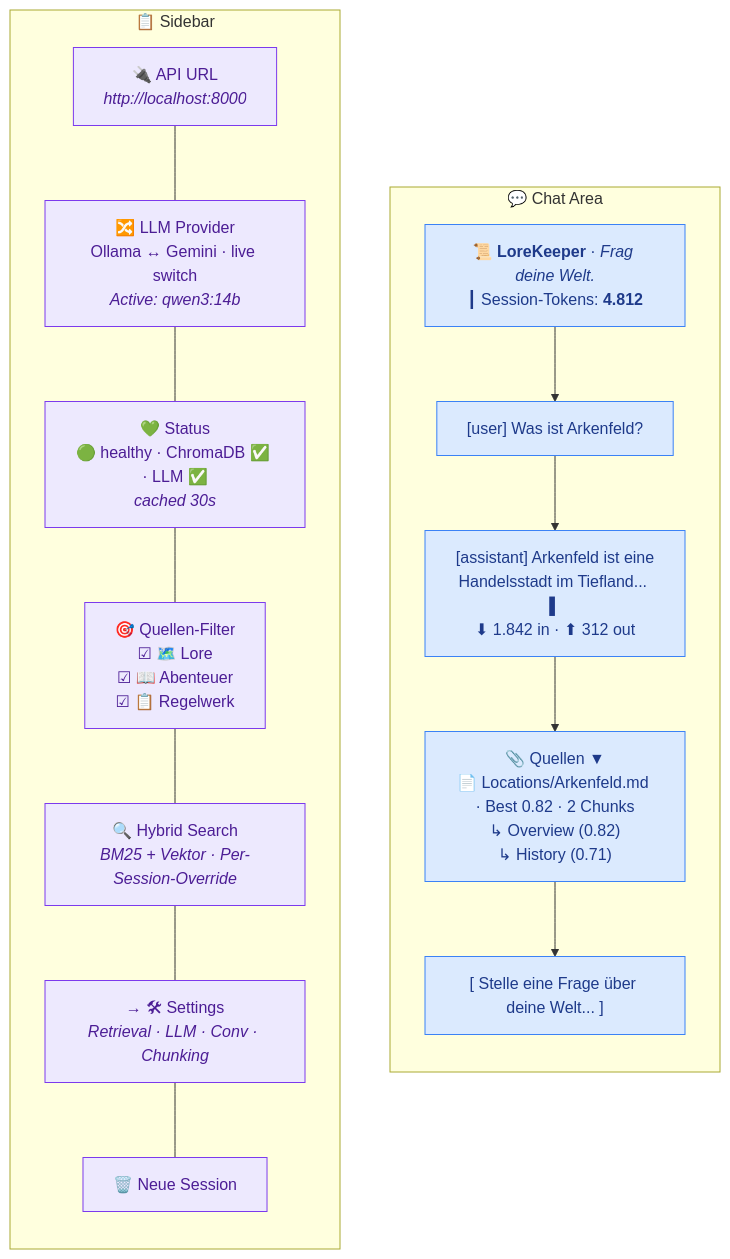
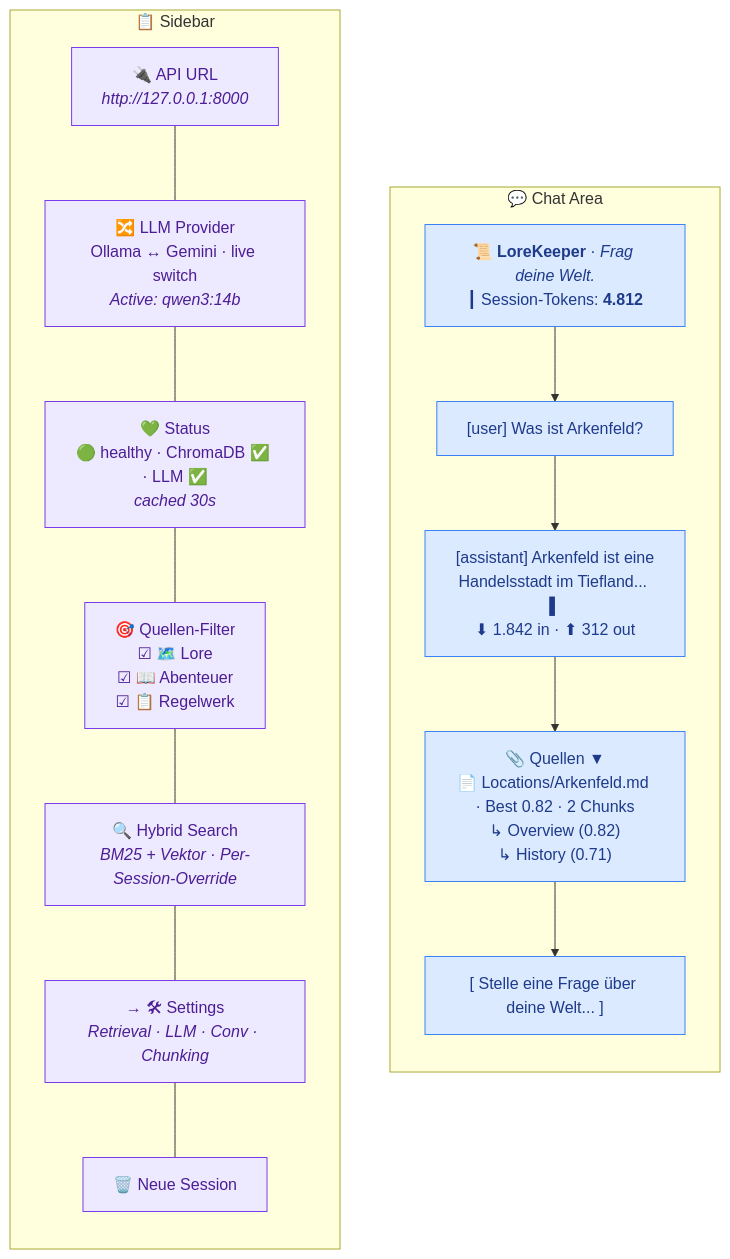
Before and after one commit to FabianHentrich/lorekeeper: the first of 2 diagrams in docs/ui-ux.md, drawn with Mermaid. The commit also changed other lines of this file and 24 other files, not shown here.

First line of the commit message:
Add performance checks (roadmap 5.2), fix 2 s localhost delay per request

````diff
--- a/docs/ui-ux.md
+++ b/docs/ui-ux.md
@@ -21,31 +21,31 @@
 ```mermaid
 flowchart LR
     subgraph SIDEBAR["📋 Sidebar"]
         direction TB
-        S1["🔌 API URL<br/><i>http://localhost:8000</i>"]
+        S1["🔌 API URL<br/><i>http://127.0.0.1:8000</i>"]
         S2["🔀 LLM Provider<br/>Ollama ↔ Gemini · live switch<br/><i>Active: qwen3:14b</i>"]
         S3["💚 Status<br/>🟢 healthy · ChromaDB ✅ · LLM ✅<br/><i>cached 30s</i>"]
         S4["🎯 Quellen-Filter<br/>☑ 🗺️ Lore<br/>☑ 📖 Abenteuer<br/>☑ 📋 Regelwerk"]
         S5["🔍 Hybrid Search<br/><i>BM25 + Vektor · Per-Session-Override</i>"]
         S6["→ 🛠 Settings<br/><i>Retrieval · LLM · Conv · Chunking</i>"]
         S7["🗑️ Neue Session"]
         S1 --- S2 --- S3 --- S4 --- S5 --- S6 --- S7
     end
 
     subgraph CHAT["💬 Chat Area"]
         direction TB
         C1["📜 <b>LoreKeeper</b> · <i>Frag deine Welt.</i><br/>┃ Session-Tokens: <b>4.812</b>"]
         C2["[user] Was ist Arkenfeld?"]
         C3["[assistant] Arkenfeld ist eine<br/>Handelsstadt im Tiefland... ▌<br/>⬇ 1.842 in · ⬆ 312 out"]
         C4["📎 Quellen ▼<br/>📄 Locations/Arkenfeld.md · Best 0.82 · 2 Chunks<br/>↳ Overview (0.82)<br/>↳ History (0.71)"]
         C5["[ Stelle eine Frage über deine Welt... ]"]
         C1 --> C2 --> C3 --> C4 --> C5
     end
 
     SIDEBAR ~~~ CHAT
 
     classDef side fill:#ede9fe,stroke:#7c3aed,color:#4c1d95
     classDef chat fill:#dbeafe,stroke:#3b82f6,color:#1e3a8a
     class S1,S2,S3,S4,S5,S6,S7 side
     class C1,C2,C3,C4,C5 chat
 ```
````
